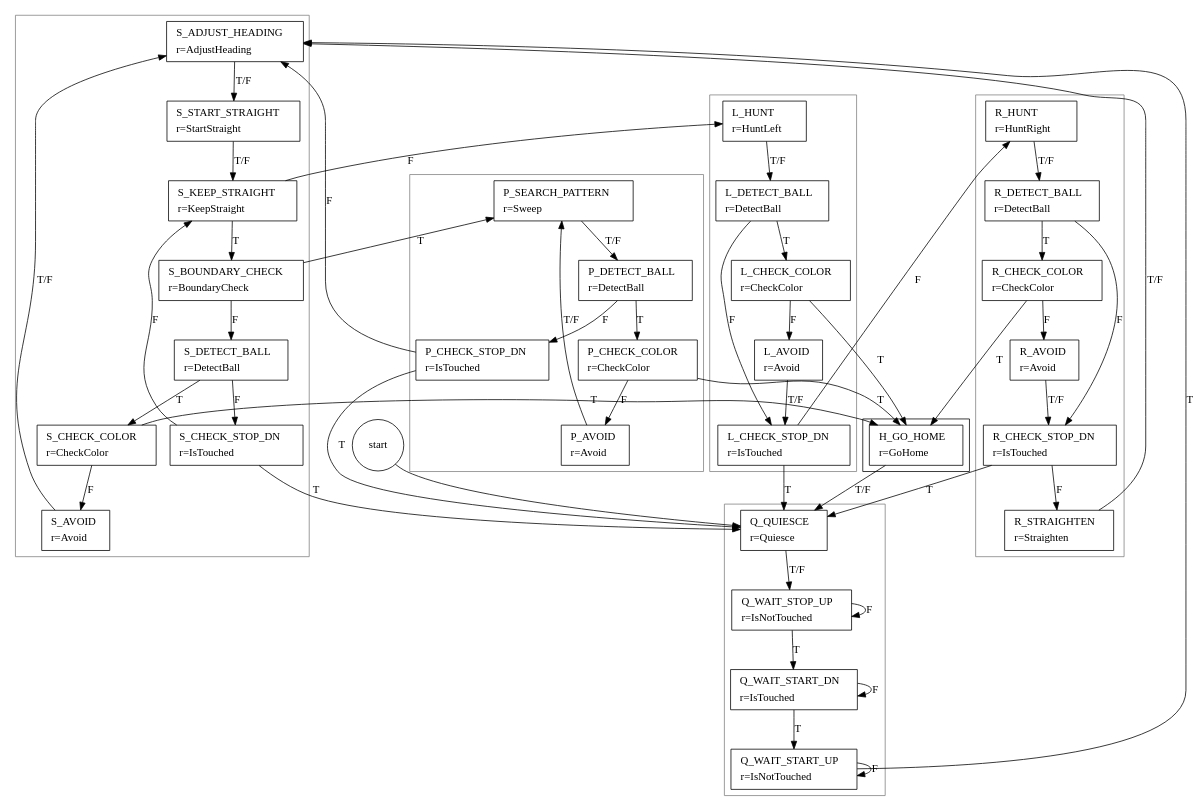
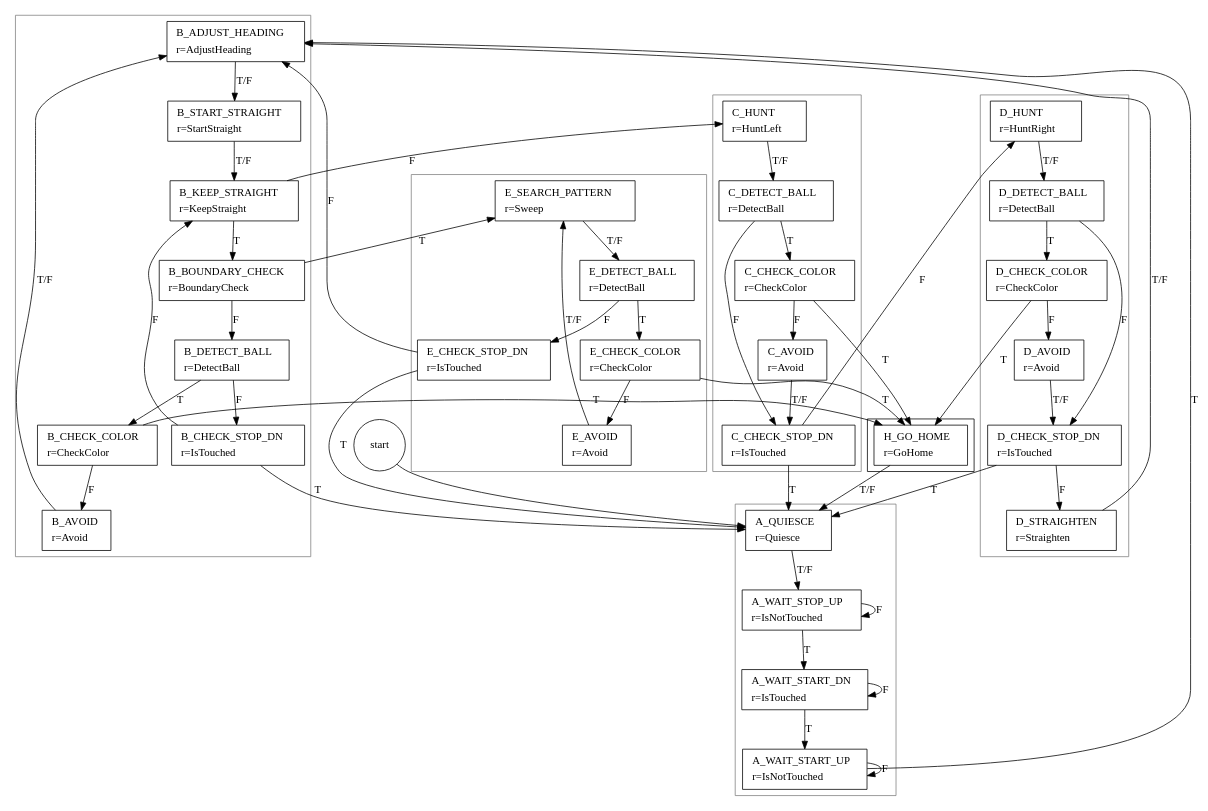
The diagram in FSM.dot (greck/0xDEADBEEF), drawn with Graphviz before and after one commit. The commit also changed 2 other files, not shown here.

```diff
--- a/FSM.dot
+++ b/FSM.dot
@@ -2,127 +2,138 @@
 
 "START" [ shape=circle label="start" ];
 
-	subgraph cluster_0 {
+# QUIESCE sequence
+#
+	subgraph cluster_A {
 
 		color = gray;
 
-		Q_QUIESCE        [ shape=box label=<<table border="0"><tr><td align="left">Q_QUIESCE</td></tr><tr><td align="left">r=Quiesce</td></tr></table>> ];
-		Q_WAIT_STOP_UP   [ shape=box label=<<table border="0"><tr><td align="left">Q_WAIT_STOP_UP</td></tr><tr><td align="left">r=IsNotTouched</td></tr></table>> ];
-		Q_WAIT_START_DN  [ shape=box label=<<table border="0"><tr><td align="left">Q_WAIT_START_DN</td></tr><tr><td align="left">r=IsTouched</td></tr></table>> ];
-		Q_WAIT_START_UP  [ shape=box label=<<table border="0"><tr><td align="left">Q_WAIT_START_UP</td></tr><tr><td align="left">r=IsNotTouched</td></tr></table>> ];
+		A_QUIESCE        [ shape=box label=<<table border="0"><tr><td align="left">A_QUIESCE</td></tr><tr><td align="left">r=Quiesce</td></tr></table>> ];
+		A_WAIT_STOP_UP   [ shape=box label=<<table border="0"><tr><td align="left">A_WAIT_STOP_UP</td></tr><tr><td align="left">r=IsNotTouched</td></tr></table>> ];
+		A_WAIT_START_DN  [ shape=box label=<<table border="0"><tr><td align="left">A_WAIT_START_DN</td></tr><tr><td align="left">r=IsTouched</td></tr></table>> ];
+		A_WAIT_START_UP  [ shape=box label=<<table border="0"><tr><td align="left">A_WAIT_START_UP</td></tr><tr><td align="left">r=IsNotTouched</td></tr></table>> ];
 
 	}
 
-
-	subgraph cluster_1 {
+# "normal" STRAIGHT sequence
+#
+	subgraph cluster_B {
 	
 		color = gray;
 
-		S_ADJUST_HEADING [ shape=box label=<<table border="0"><tr><td align="left">S_ADJUST_HEADING</td></tr><tr><td align="left">r=AdjustHeading</td></tr></table>> ];
-		S_START_STRAIGHT [ shape=box label=<<table border="0"><tr><td align="left">S_START_STRAIGHT</td></tr><tr><td align="left">r=StartStraight</td></tr></table>> ];
-		S_KEEP_STRAIGHT  [ shape=box label=<<table border="0"><tr><td align="left">S_KEEP_STRAIGHT</td></tr><tr><td align="left">r=KeepStraight</td></tr></table>> ];
-		S_BOUNDARY_CHECK [ shape=box label=<<table border="0"><tr><td align="left">S_BOUNDARY_CHECK</td></tr><tr><td align="left">r=BoundaryCheck</td></tr></table>> ];
-		S_DETECT_BALL    [ shape=box label=<<table border="0"><tr><td align="left">S_DETECT_BALL</td></tr><tr><td align="left">r=DetectBall</td></tr></table>> ];
-		S_CHECK_COLOR    [ shape=box label=<<table border="0"><tr><td align="left">S_CHECK_COLOR</td></tr><tr><td align="left">r=CheckColor</td></tr></table>> ];
-		S_AVOID          [ shape=box label=<<table border="0"><tr><td align="left">S_AVOID</td></tr><tr><td align="left">r=Avoid</td></tr></table>> ];
-		S_CHECK_STOP_DN  [ shape=box label=<<table border="0"><tr><td align="left">S_CHECK_STOP_DN</td></tr><tr><td align="left">r=IsTouched</td></tr></table>> ];
+		B_ADJUST_HEADING [ shape=box label=<<table border="0"><tr><td align="left">B_ADJUST_HEADING</td></tr><tr><td align="left">r=AdjustHeading</td></tr></table>> ];
+		B_START_STRAIGHT [ shape=box label=<<table border="0"><tr><td align="left">B_START_STRAIGHT</td></tr><tr><td align="left">r=StartStraight</td></tr></table>> ];
+		B_KEEP_STRAIGHT  [ shape=box label=<<table border="0"><tr><td align="left">B_KEEP_STRAIGHT</td></tr><tr><td align="left">r=KeepStraight</td></tr></table>> ];
+		B_BOUNDARY_CHECK [ shape=box label=<<table border="0"><tr><td align="left">B_BOUNDARY_CHECK</td></tr><tr><td align="left">r=BoundaryCheck</td></tr></table>> ];
+		B_DETECT_BALL    [ shape=box label=<<table border="0"><tr><td align="left">B_DETECT_BALL</td></tr><tr><td align="left">r=DetectBall</td></tr></table>> ];
+		B_CHECK_COLOR    [ shape=box label=<<table border="0"><tr><td align="left">B_CHECK_COLOR</td></tr><tr><td align="left">r=CheckColor</td></tr></table>> ];
+		B_AVOID          [ shape=box label=<<table border="0"><tr><td align="left">B_AVOID</td></tr><tr><td align="left">r=Avoid</td></tr></table>> ];
+		B_CHECK_STOP_DN  [ shape=box label=<<table border="0"><tr><td align="left">B_CHECK_STOP_DN</td></tr><tr><td align="left">r=IsTouched</td></tr></table>> ];
 
 	}		
 
-	subgraph cluster_2 {
+# "normal" HUNT LEFT sequence
+#
+	subgraph cluster_C {
 	
 		color = gray;
 
-		L_HUNT           [ shape=box label=<<table border="0"><tr><td align="left">L_HUNT</td></tr><tr><td align="left">r=HuntLeft</td></tr></table>> ];
-		L_DETECT_BALL    [ shape=box label=<<table border="0"><tr><td align="left">L_DETECT_BALL</td></tr><tr><td align="left">r=DetectBall</td></tr></table>> ];
-		L_CHECK_COLOR    [ shape=box label=<<table border="0"><tr><td align="left">L_CHECK_COLOR</td></tr><tr><td align="left">r=CheckColor</td></tr></table>> ];
-		L_AVOID          [ shape=box label=<<table border="0"><tr><td align="left">L_AVOID</td></tr><tr><td align="left">r=Avoid</td></tr></table>> ];
-		L_CHECK_STOP_DN  [ shape=box label=<<table border="0"><tr><td align="left">L_CHECK_STOP_DN</td></tr><tr><td align="left">r=IsTouched</td></tr></table>> ];
+		C_HUNT           [ shape=box label=<<table border="0"><tr><td align="left">C_HUNT</td></tr><tr><td align="left">r=HuntLeft</td></tr></table>> ];
+		C_DETECT_BALL    [ shape=box label=<<table border="0"><tr><td align="left">C_DETECT_BALL</td></tr><tr><td align="left">r=DetectBall</td></tr></table>> ];
+		C_CHECK_COLOR    [ shape=box label=<<table border="0"><tr><td align="left">C_CHECK_COLOR</td></tr><tr><td align="left">r=CheckColor</td></tr></table>> ];
+		C_AVOID          [ shape=box label=<<table border="0"><tr><td align="left">C_AVOID</td></tr><tr><td align="left">r=Avoid</td></tr></table>> ];
+		C_CHECK_STOP_DN  [ shape=box label=<<table border="0"><tr><td align="left">C_CHECK_STOP_DN</td></tr><tr><td align="left">r=IsTouched</td></tr></table>> ];
 
 	}		
 
-	subgraph cluster_3 {
+# "normal" HUNT RIGHT sequence
+#
+	subgraph cluster_D {
 	
 		color = gray;
 
-		R_HUNT           [ shape=box label=<<table border="0"><tr><td align="left">R_HUNT</td></tr><tr><td align="left">r=HuntRight</td></tr></table>> ];
-		R_DETECT_BALL    [ shape=box label=<<table border="0"><tr><td align="left">R_DETECT_BALL</td></tr><tr><td align="left">r=DetectBall</td></tr></table>> ];
-		R_CHECK_COLOR    [ shape=box label=<<table border="0"><tr><td align="left">R_CHECK_COLOR</td></tr><tr><td align="left">r=CheckColor</td></tr></table>> ];
-		R_AVOID          [ shape=box label=<<table border="0"><tr><td align="left">R_AVOID</td></tr><tr><td align="left">r=Avoid</td></tr></table>> ];
-		R_CHECK_STOP_DN  [ shape=box label=<<table border="0"><tr><td align="left">R_CHECK_STOP_DN</td></tr><tr><td align="left">r=IsTouched</td></tr></table>> ];
-		R_STRAIGHTEN     [ shape=box label=<<table border="0"><tr><td align="left">R_STRAIGHTEN</td></tr><tr><td align="left">r=Straighten</td></tr></table>> ];
+		D_HUNT           [ shape=box label=<<table border="0"><tr><td align="left">D_HUNT</td></tr><tr><td align="left">r=HuntRight</td></tr></table>> ];
+		D_DETECT_BALL    [ shape=box label=<<table border="0"><tr><td align="left">D_DETECT_BALL</td></tr><tr><td align="left">r=DetectBall</td></tr></table>> ];
+		D_CHECK_COLOR    [ shape=box label=<<table border="0"><tr><td align="left">D_CHECK_COLOR</td></tr><tr><td align="left">r=CheckColor</td></tr></table>> ];
+		D_AVOID          [ shape=box label=<<table border="0"><tr><td align="left">D_AVOID</td></tr><tr><td align="left">r=Avoid</td></tr></table>> ];
+		D_CHECK_STOP_DN  [ shape=box label=<<table border="0"><tr><td align="left">D_CHECK_STOP_DN</td></tr><tr><td align="left">r=IsTouched</td></tr></table>> ];
+		D_STRAIGHTEN     [ shape=box label=<<table border="0"><tr><td align="left">D_STRAIGHTEN</td></tr><tr><td align="left">r=Straighten</td></tr></table>> ];
 
 	}		
 
-	subgraph cluster_4 {
+# "normal" SEARCH PATTERN sequence
+#
+	subgraph cluster_E {
 	
 		color = gray;
 
-		P_SEARCH_PATTERN [ shape=box label=<<table border="0"><tr><td align="left">P_SEARCH_PATTERN</td></tr><tr><td align="left">r=Sweep</td></tr></table>> ];
-		P_DETECT_BALL    [ shape=box label=<<table border="0"><tr><td align="left">P_DETECT_BALL</td></tr><tr><td align="left">r=DetectBall</td></tr></table>> ];
-		P_CHECK_COLOR    [ shape=box label=<<table border="0"><tr><td align="left">P_CHECK_COLOR</td></tr><tr><td align="left">r=CheckColor</td></tr></table>> ];
-		P_AVOID          [ shape=box label=<<table border="0"><tr><td align="left">P_AVOID</td></tr><tr><td align="left">r=Avoid</td></tr></table>> ];
-		P_CHECK_STOP_DN  [ shape=box label=<<table border="0"><tr><td align="left">P_CHECK_STOP_DN</td></tr><tr><td align="left">r=IsTouched</td></tr></table>> ];
+		E_SEARCH_PATTERN [ shape=box label=<<table border="0"><tr><td align="left">E_SEARCH_PATTERN</td></tr><tr><td align="left">r=Sweep</td></tr></table>> ];
+		E_DETECT_BALL    [ shape=box label=<<table border="0"><tr><td align="left">E_DETECT_BALL</td></tr><tr><td align="left">r=DetectBall</td></tr></table>> ];
+		E_CHECK_COLOR    [ shape=box label=<<table border="0"><tr><td align="left">E_CHECK_COLOR</td></tr><tr><td align="left">r=CheckColor</td></tr></table>> ];
+		E_AVOID          [ shape=box label=<<table border="0"><tr><td align="left">E_AVOID</td></tr><tr><td align="left">r=Avoid</td></tr></table>> ];
+		E_CHECK_STOP_DN  [ shape=box label=<<table border="0"><tr><td align="left">E_CHECK_STOP_DN</td></tr><tr><td align="left">r=IsTouched</td></tr></table>> ];
 
 	}
+
+# HOME sequence
+#	
+	subgraph cluster_F {
 	
-	subgraph cluster_5 {
-	
-		H_GO_HOME        [ shape=box label=<<table border="0"><tr><td align="left">H_GO_HOME</td></tr><tr><td align="left">r=GoHome</td></tr></table>> ];
+		F_GO_HOME        [ shape=box label=<<table border="0"><tr><td align="left">H_GO_HOME</td></tr><tr><td align="left">r=GoHome</td></tr></table>> ];
 	
 	}
 
-	START            -> Q_QUIESCE;
-	Q_QUIESCE        -> Q_WAIT_STOP_UP   [ label = "T/F" ];
-	Q_WAIT_STOP_UP   -> Q_WAIT_START_DN  [ label = "T" ];
-	Q_WAIT_STOP_UP   -> Q_WAIT_STOP_UP   [ label = "F" ];
-	Q_WAIT_START_DN  -> Q_WAIT_START_UP  [ label = "T" ];
-	Q_WAIT_START_DN  -> Q_WAIT_START_DN  [ label = "F" ];
-	Q_WAIT_START_UP  -> S_ADJUST_HEADING [ label = "T" ];
-	Q_WAIT_START_UP  -> Q_WAIT_START_UP  [ label = "F" ];
+	START            -> A_QUIESCE;
+	A_QUIESCE        -> A_WAIT_STOP_UP   [ label = "T/F" ];
+	A_WAIT_STOP_UP   -> A_WAIT_START_DN  [ label = "T" ];
+	A_WAIT_STOP_UP   -> A_WAIT_STOP_UP   [ label = "F" ];
+	A_WAIT_START_DN  -> A_WAIT_START_UP  [ label = "T" ];
+	A_WAIT_START_DN  -> A_WAIT_START_DN  [ label = "F" ];
+	A_WAIT_START_UP  -> B_ADJUST_HEADING [ label = "T" ];
+	A_WAIT_START_UP  -> A_WAIT_START_UP  [ label = "F" ];
 
-	S_ADJUST_HEADING -> S_START_STRAIGHT [ label = "T/F" ];
-	S_START_STRAIGHT -> S_KEEP_STRAIGHT  [ label = "T/F" ];
-	S_KEEP_STRAIGHT  -> S_BOUNDARY_CHECK [ label = "T" ];
-	S_KEEP_STRAIGHT  -> L_HUNT           [ label = "F" ];
-	S_BOUNDARY_CHECK -> P_SEARCH_PATTERN [ label = "T" ];
-	S_BOUNDARY_CHECK -> S_DETECT_BALL    [ label = "F" ];
-	S_DETECT_BALL    -> S_CHECK_COLOR    [ label = "T" ];
-	S_DETECT_BALL    -> S_CHECK_STOP_DN  [ label = "F" ];
-	S_CHECK_COLOR    -> H_GO_HOME        [ label = "T" ];
-	S_CHECK_COLOR    -> S_AVOID          [ label = "F" ];
-	S_AVOID          -> S_ADJUST_HEADING [ label = "T/F" ];
-	S_CHECK_STOP_DN  -> Q_QUIESCE        [ label = "T" ];
-	S_CHECK_STOP_DN  -> S_KEEP_STRAIGHT  [ label = "F" ];
+	B_ADJUST_HEADING -> B_START_STRAIGHT [ label = "T/F" ];
+	B_START_STRAIGHT -> B_KEEP_STRAIGHT  [ label = "T/F" ];
+	B_KEEP_STRAIGHT  -> B_BOUNDARY_CHECK [ label = "T" ];
+	B_KEEP_STRAIGHT  -> C_HUNT           [ label = "F" ];
+	B_BOUNDARY_CHECK -> E_SEARCH_PATTERN [ label = "T" ];
+	B_BOUNDARY_CHECK -> B_DETECT_BALL    [ label = "F" ];
+	B_DETECT_BALL    -> B_CHECK_COLOR    [ label = "T" ];
+	B_DETECT_BALL    -> B_CHECK_STOP_DN  [ label = "F" ];
+	B_CHECK_COLOR    -> F_GO_HOME        [ label = "T" ];
+	B_CHECK_COLOR    -> B_AVOID          [ label = "F" ];
+	B_AVOID          -> B_ADJUST_HEADING [ label = "T/F" ];
+	B_CHECK_STOP_DN  -> A_QUIESCE        [ label = "T" ];
+	B_CHECK_STOP_DN  -> B_KEEP_STRAIGHT  [ label = "F" ];
 
-	L_HUNT           -> L_DETECT_BALL    [ label = "T/F" ];
-	L_DETECT_BALL    -> L_CHECK_COLOR    [ label = "T" ];
-	L_DETECT_BALL    -> L_CHECK_STOP_DN  [ label = "F" ];
-	L_CHECK_COLOR    -> H_GO_HOME        [ label = "T" ];
-	L_CHECK_COLOR    -> L_AVOID          [ label = "F" ];
-	L_AVOID          -> L_CHECK_STOP_DN  [ label = "T/F" ];
-	L_CHECK_STOP_DN  -> Q_QUIESCE        [ label = "T" ];
-	L_CHECK_STOP_DN  -> R_HUNT           [ label = "F" ];
+	C_HUNT           -> C_DETECT_BALL    [ label = "T/F" ];
+	C_DETECT_BALL    -> C_CHECK_COLOR    [ label = "T" ];
+	C_DETECT_BALL    -> C_CHECK_STOP_DN  [ label = "F" ];
+	C_CHECK_COLOR    -> F_GO_HOME        [ label = "T" ];
+	C_CHECK_COLOR    -> C_AVOID          [ label = "F" ];
+	C_AVOID          -> C_CHECK_STOP_DN  [ label = "T/F" ];
+	C_CHECK_STOP_DN  -> A_QUIESCE        [ label = "T" ];
+	C_CHECK_STOP_DN  -> D_HUNT           [ label = "F" ];
 
-	R_HUNT           -> R_DETECT_BALL    [ label = "T/F" ];
-	R_DETECT_BALL    -> R_CHECK_COLOR    [ label = "T" ];
-	R_DETECT_BALL    -> R_CHECK_STOP_DN  [ label = "F" ];
-	R_CHECK_COLOR    -> H_GO_HOME        [ label = "T" ];
-	R_CHECK_COLOR    -> R_AVOID          [ label = "F" ];
-	R_AVOID          -> R_CHECK_STOP_DN  [ label = "T/F" ];
-	R_CHECK_STOP_DN  -> Q_QUIESCE        [ label = "T" ];
-	R_CHECK_STOP_DN  -> R_STRAIGHTEN     [ label = "F" ];
-	R_STRAIGHTEN     -> S_ADJUST_HEADING [ label = "T/F" ];
+	D_HUNT           -> D_DETECT_BALL    [ label = "T/F" ];
+	D_DETECT_BALL    -> D_CHECK_COLOR    [ label = "T" ];
+	D_DETECT_BALL    -> D_CHECK_STOP_DN  [ label = "F" ];
+	D_CHECK_COLOR    -> F_GO_HOME        [ label = "T" ];
+	D_CHECK_COLOR    -> D_AVOID          [ label = "F" ];
+	D_AVOID          -> D_CHECK_STOP_DN  [ label = "T/F" ];
+	D_CHECK_STOP_DN  -> A_QUIESCE        [ label = "T" ];
+	D_CHECK_STOP_DN  -> D_STRAIGHTEN     [ label = "F" ];
+	D_STRAIGHTEN     -> B_ADJUST_HEADING [ label = "T/F" ];
 
-	P_SEARCH_PATTERN -> P_DETECT_BALL    [ label = "T/F" ];
-	P_DETECT_BALL    -> P_CHECK_COLOR    [ label = "T" ];
-	P_DETECT_BALL    -> P_CHECK_STOP_DN  [ label = "F" ];
-	P_CHECK_COLOR    -> H_GO_HOME        [ label = "T" ];
-	P_CHECK_COLOR    -> P_AVOID          [ label = "F" ];
-	P_AVOID          -> P_SEARCH_PATTERN [ label = "T/F" ];
-	P_CHECK_STOP_DN  -> Q_QUIESCE        [ label = "T" ];
-	P_CHECK_STOP_DN  -> S_ADJUST_HEADING [ label = "F" ];
+	E_SEARCH_PATTERN -> E_DETECT_BALL    [ label = "T/F" ];
+	E_DETECT_BALL    -> E_CHECK_COLOR    [ label = "T" ];
+	E_DETECT_BALL    -> E_CHECK_STOP_DN  [ label = "F" ];
+	E_CHECK_COLOR    -> F_GO_HOME        [ label = "T" ];
+	E_CHECK_COLOR    -> E_AVOID          [ label = "F" ];
+	E_AVOID          -> E_SEARCH_PATTERN [ label = "T/F" ];
+	E_CHECK_STOP_DN  -> A_QUIESCE        [ label = "T" ];
+	E_CHECK_STOP_DN  -> B_ADJUST_HEADING [ label = "F" ];
 	
-	H_GO_HOME        -> Q_QUIESCE        [ label = "T/F" ];
+	F_GO_HOME        -> A_QUIESCE        [ label = "T/F" ];
 	
 }
```
